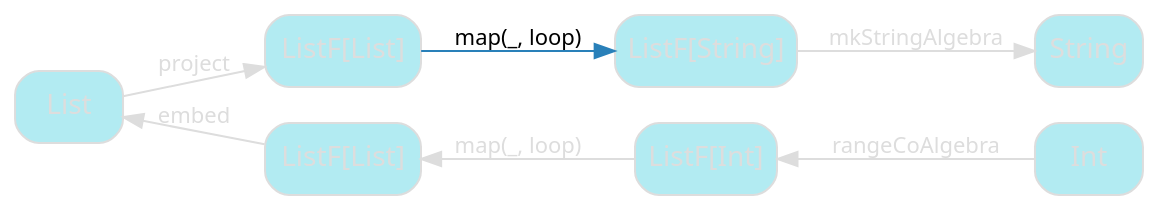
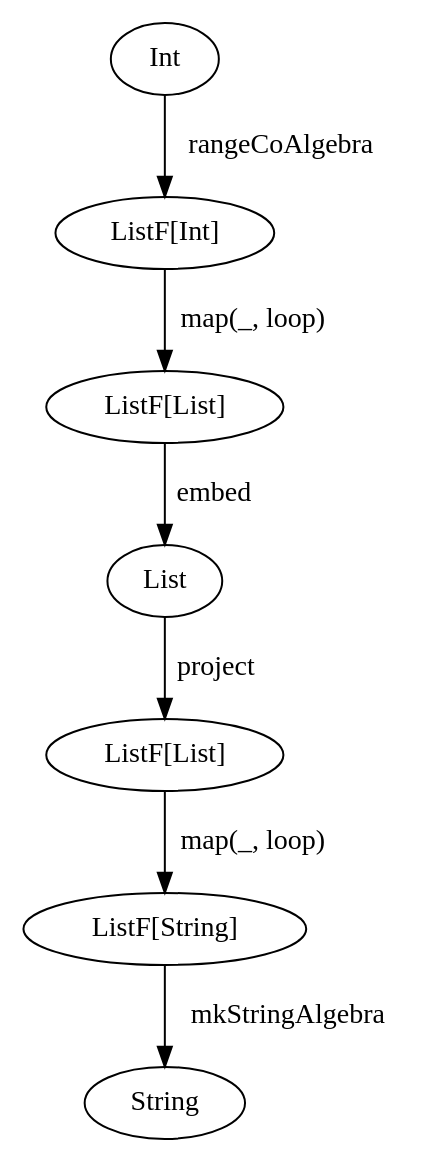
Before and after one commit to nrinaudo/recursion-schemes-from-the-ground-up: the diagram in src/graphviz/show-range-step-by-step-4-bis.dot, drawn with Graphviz. The commit also changed 205 other files, not shown here.

Commit message:
Use graphviz stylesheets

```diff
--- a/src/graphviz/show-range-step-by-step-4-bis.dot
+++ b/src/graphviz/show-range-step-by-step-4-bis.dot
@@ -1,36 +1,28 @@
 digraph {
-    bgcolor=transparent
-    splines=false
-    rankdir=LR
-    rank=same
+    class="dual"
 
-    // Default theme: disabled
-    node[shape="rectangle" style="rounded,filled" color="#dddddd" fillcolor="#b2ebf2" fontcolor="#dddddd" fontname="Segoe UI,Roboto,Helvetica,Arial,sans-serif"]
-    edge [color="#dddddd" fontcolor="#dddddd" fontname="Segoe UI,Roboto,Helvetica,Arial,sans-serif" fontsize=11]
-
-    List
+    B[label="List" class="disabled"]
 
     subgraph FB_graph {
-        anaFB[label="ListF[List]"]
-        cataFB[label="ListF[List]"]
+        anaFB[label="ListF[List]" class="disabled"]
+        cataFB[label="ListF[List]" class="disabled"]
     }
 
     subgraph FA_graph {
-        anaFA[label="ListF[Int]"]
-        cataFA[label="ListF[String]"]
+        anaFA[label="ListF[Int]" class="disabled"]
+        cataFA[label="ListF[String]" class="disabled"]
     }
 
     subgraph A_graph {
-        anaA[label=Int]
-        cataA[label=String]
+        anaA[label=Int class="disabled"]
+        cataA[label=String class="disabled"]
     }
 
-    List   -> cataFB[label=project]
-    cataFB -> cataFA[label="map(_, loop)" color="#2980B9" fontcolor="#000000"]
-    cataFA -> cataA[label=mkStringAlgebra]
+    B      -> cataFB[label=project class="disabled"]
+    cataFB -> cataFA[label="map(_, loop)"]
+    cataFA -> cataA[label=mkStringAlgebra class="disabled"]
 
-    anaA  -> anaFA[label=rangeCoAlgebra]
-    anaFA -> anaFB[label="map(_, loop)"]
-    anaFB -> List[label=embed]
-
+    anaA  -> anaFA[label=rangeCoAlgebra class="disabled"]
+    anaFA -> anaFB[label="map(_, loop)" class="disabled"]
+    anaFB -> B[label=embed class="disabled"]
 }
```
